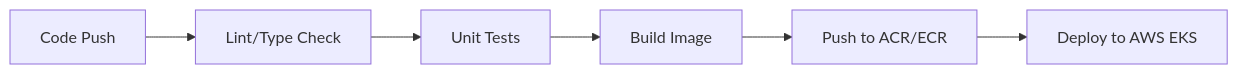
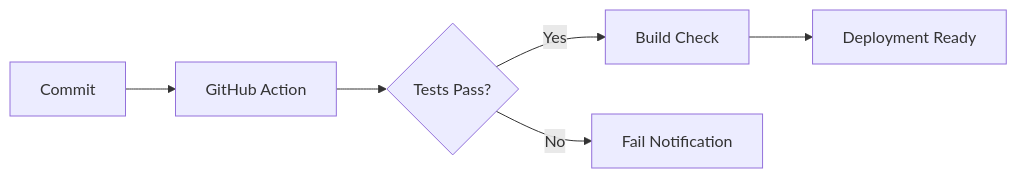
Before and after one commit to tendocalvin1/RemoteFlex: the fourth of 5 diagrams in RemoteFlex_Documentation.md, drawn with Mermaid. The commit also changed other lines of this file and 1 other file, not shown here.

````diff
--- a/RemoteFlex_Documentation.md
+++ b/RemoteFlex_Documentation.md
@@ -277,8 +218,8 @@
 ```mermaid
 graph LR
-    A[Code Push] --> B[Lint/Type Check]
-    B --> C[Unit Tests]
-    C --> D[Build Image]
-    D --> E[Push to ACR/ECR]
-    E --> F[Deploy to AWS EKS]
+    A[Commit] --> B[GitHub Action]
+    B --> C{Tests Pass?}
+    C -->|Yes| D[Build Check]
+    D --> E[Deployment Ready]
+    C -->|No| F[Fail Notification]
 ```
````
